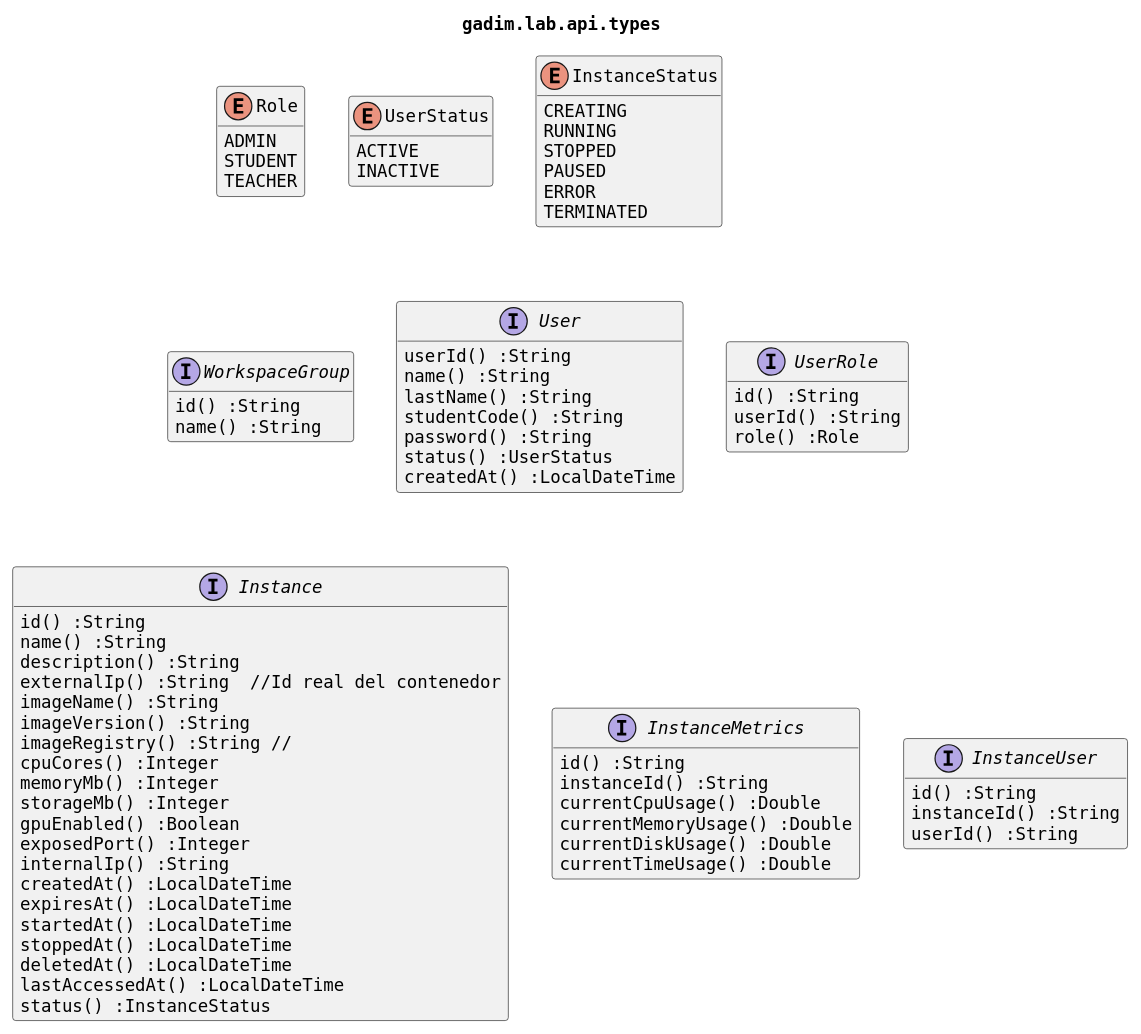
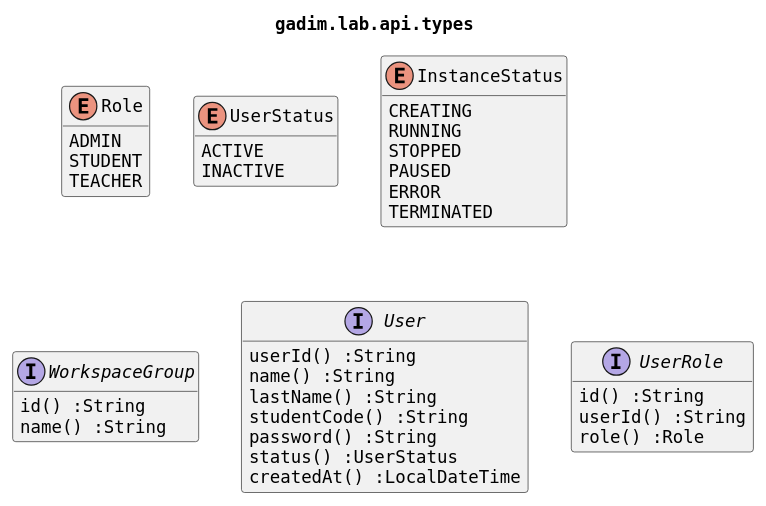
The diagram in design/user-api-types.puml (Univalle-Gadim-Lab/virtual-lab-platform), drawn with PlantUML before and after one commit. The commit also changed 21 other files, not shown here.

```diff
--- a/design/user-api-types.puml
+++ b/design/user-api-types.puml
@@ -1,88 +1,52 @@
 @startuml "gadim-lab-api-types"
 
 skinparam defaultFontName Monospaced
 hide empty members
 set separator none
 
 title gadim.lab.api.types
 
 enum Role {
     ADMIN
     STUDENT
     TEACHER
 }
 
 enum UserStatus {
     ACTIVE
     INACTIVE
 }
 
 enum InstanceStatus {
     CREATING
     RUNNING
     STOPPED
     PAUSED
     ERROR
     TERMINATED
 }
 
 interface WorkspaceGroup {
     id() :String
     name() :String
 }
 
 interface User {
     userId() :String
     name() :String
     lastName() :String
     studentCode() :String
     password() :String
     status() :UserStatus
     createdAt() :LocalDateTime
 }
 
 interface UserRole {
     id() :String
     userId() :String
     role() :Role
 }
 
-interface Instance {
-    id() :String
-    name() :String
-    description() :String
-    externalIp() :String  //Id real del contenedor
-    imageName() :String
-    imageVersion() :String
-    imageRegistry() :String //
-    cpuCores() :Integer
-    memoryMb() :Integer
-    storageMb() :Integer
-    gpuEnabled() :Boolean
-    exposedPort() :Integer
-    internalIp() :String
-    createdAt() :LocalDateTime
-    expiresAt() :LocalDateTime
-    startedAt() :LocalDateTime
-    stoppedAt() :LocalDateTime
-    deletedAt() :LocalDateTime
-    lastAccessedAt() :LocalDateTime
-    status() :InstanceStatus
-}
 
-interface InstanceMetrics {
-    id() :String
-    instanceId() :String
-    currentCpuUsage() :Double
-    currentMemoryUsage() :Double
-    currentDiskUsage() :Double
-    currentTimeUsage() :Double
-}
-
-interface InstanceUser {
-    id() :String
-    instanceId() :String
-    userId() :String
-}
 
 @enduml
```
